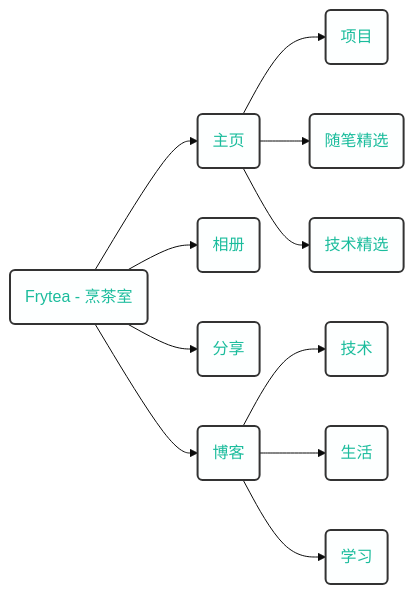
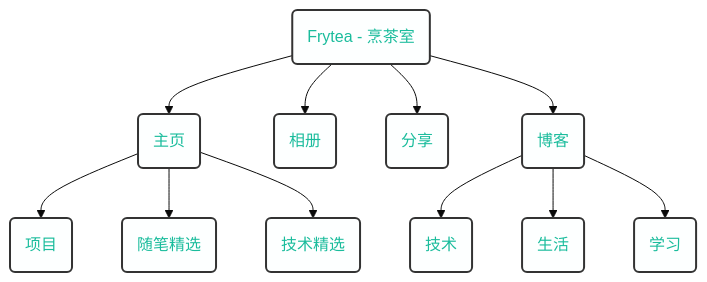
Before and after one commit to songtianlun/songtianlun.github.io: the diagram in content/about.md, drawn with Mermaid (base theme).

Commit message:
feat change LR to TD with sitemap

````diff
--- a/content/about.md
+++ b/content/about.md
@@ -18,27 +18,27 @@
 ```mermaid
-graph LR
+graph TD
     F(Frytea - 烹茶室)-->H(主页)
     F-->P(相册)
     F-->D(分享)
     F-->B(博客)
     H-->HPR(项目)
     H-->HA(随笔精选)
     H-->HT(技术精选)
     B-->BT(技术)
     B-->BL(生活)
     B-->BS(学习)
     click F "https://www.frytea.com"
     click H "https://www.frytea.com"
     click B "https://blog.frytea.com"
     click D "https://res.frytea.com"
     click P "https://image.frytea.com"
     click HPR "https://www.frytea.com/technology/projects/"
     click HA "https://www.frytea.com/posts/"
     click HT "https://www.frytea.com/technology/"
     click BT "https://blog.frytea.com/category/it/"
     click BL "https://blog.frytea.com/category/life/"
     click BS "https://blog.frytea.com/category/study/"
     classDef allNode fill:#fdffff,color:#1abc9c,stroke:#333,stroke-width:2px,size:9px;
     class F,D,H,B,P allNode;
     class HPR,HA,HT,BT,BL,BS allNode;
 ```
````
